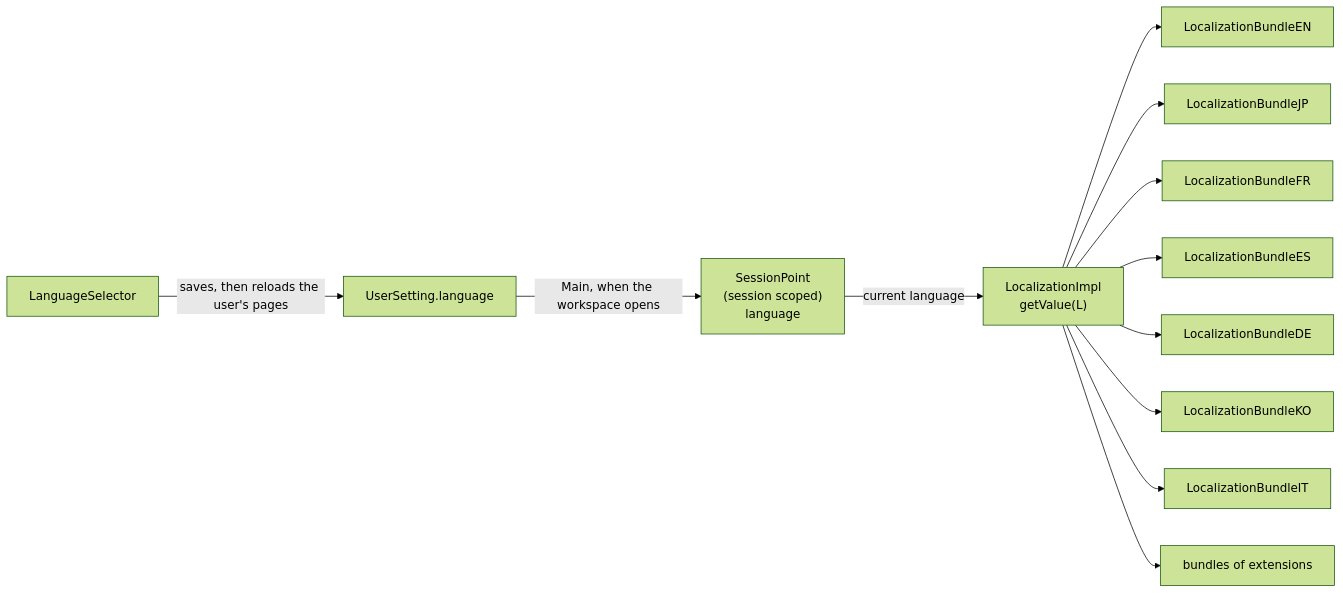
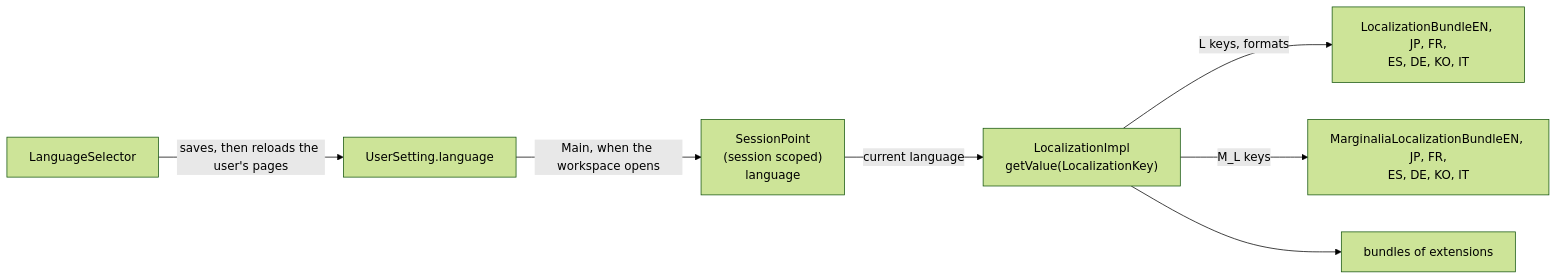
Before and after one commit to Enerccio/Marginalia: the seventh of 7 diagrams in manual/developer/architecture.md, drawn with Mermaid (forest theme). The commit also changed other lines of this file and 325 other files, not shown here.

First line of the commit message:
Localization: one key enum per layer, app texts in M_L

````diff
--- a/manual/developer/architecture.md
+++ b/manual/developer/architecture.md
@@ -549,14 +561,9 @@
 ```mermaid
 flowchart LR
-    SP["SessionPoint<br/>(session scoped)<br/>language"] -->|current language| Loc["LocalizationImpl<br/>getValue(L)"]
-    Loc --> B1["LocalizationBundleEN"]
-    Loc --> B2["LocalizationBundleJP"]
-    Loc --> B4["LocalizationBundleFR"]
-    Loc --> B5["LocalizationBundleES"]
-    Loc --> B6["LocalizationBundleDE"]
-    Loc --> B7["LocalizationBundleKO"]
-    Loc --> B8["LocalizationBundleIT"]
+    SP["SessionPoint<br/>(session scoped)<br/>language"] -->|current language| Loc["LocalizationImpl<br/>getValue(LocalizationKey)"]
+    Loc -->|"L keys, formats"| B1["LocalizationBundleEN, JP, FR,<br/>ES, DE, KO, IT"]
+    Loc -->|"M_L keys"| B2["MarginaliaLocalizationBundleEN, JP, FR,<br/>ES, DE, KO, IT"]
     Loc --> B3["bundles of extensions"]
     US["UserSetting.language"] -->|"Main, when the workspace opens"| SP
     LS["LanguageSelector"] -->|saves, then reloads the user's pages| US
 ```
````
